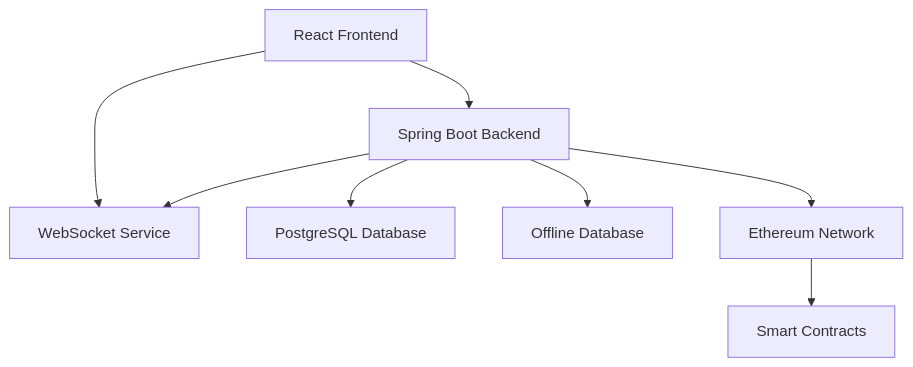
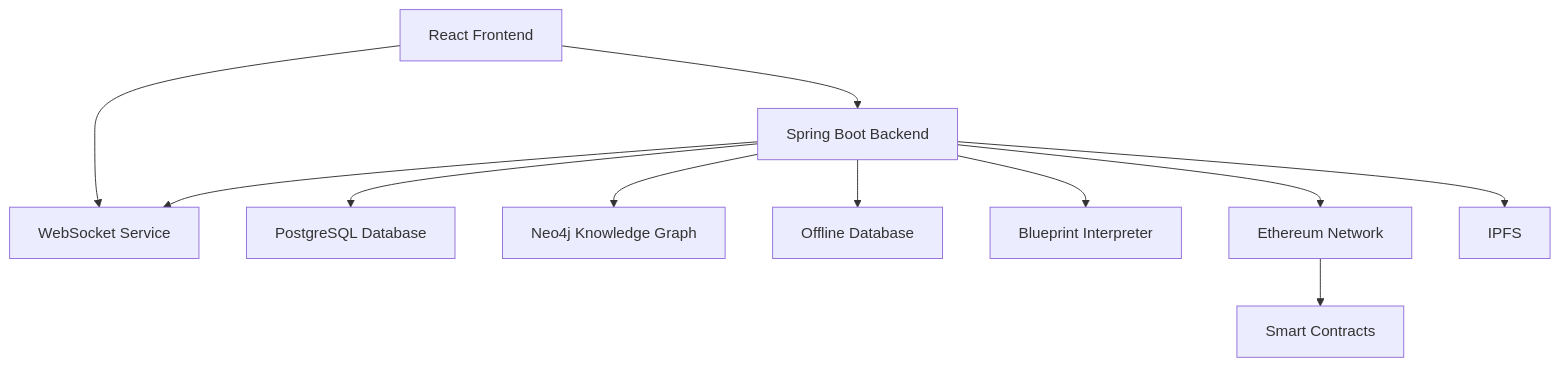
One commit to Ikey168/Modulo changed the diagram in README.md. Above: the diagram before and after it, drawn with Mermaid. The commit also changed other lines of this file and 1 other file, not shown here.

````diff
--- a/README.md
+++ b/README.md
@@ -139,10 +170,13 @@
 ```mermaid
 graph TB
     A[React Frontend] --> B[Spring Boot Backend]
     A --> F[WebSocket Service]
     B --> C[PostgreSQL Database]
+    B --> H[Neo4j Knowledge Graph]
     B --> D[Offline Database]
+    B --> I[Blueprint Interpreter]
     B --> E[Ethereum Network]
+    B --> J[IPFS]
     B --> F
     E --> G[Smart Contracts]
 ```
````
